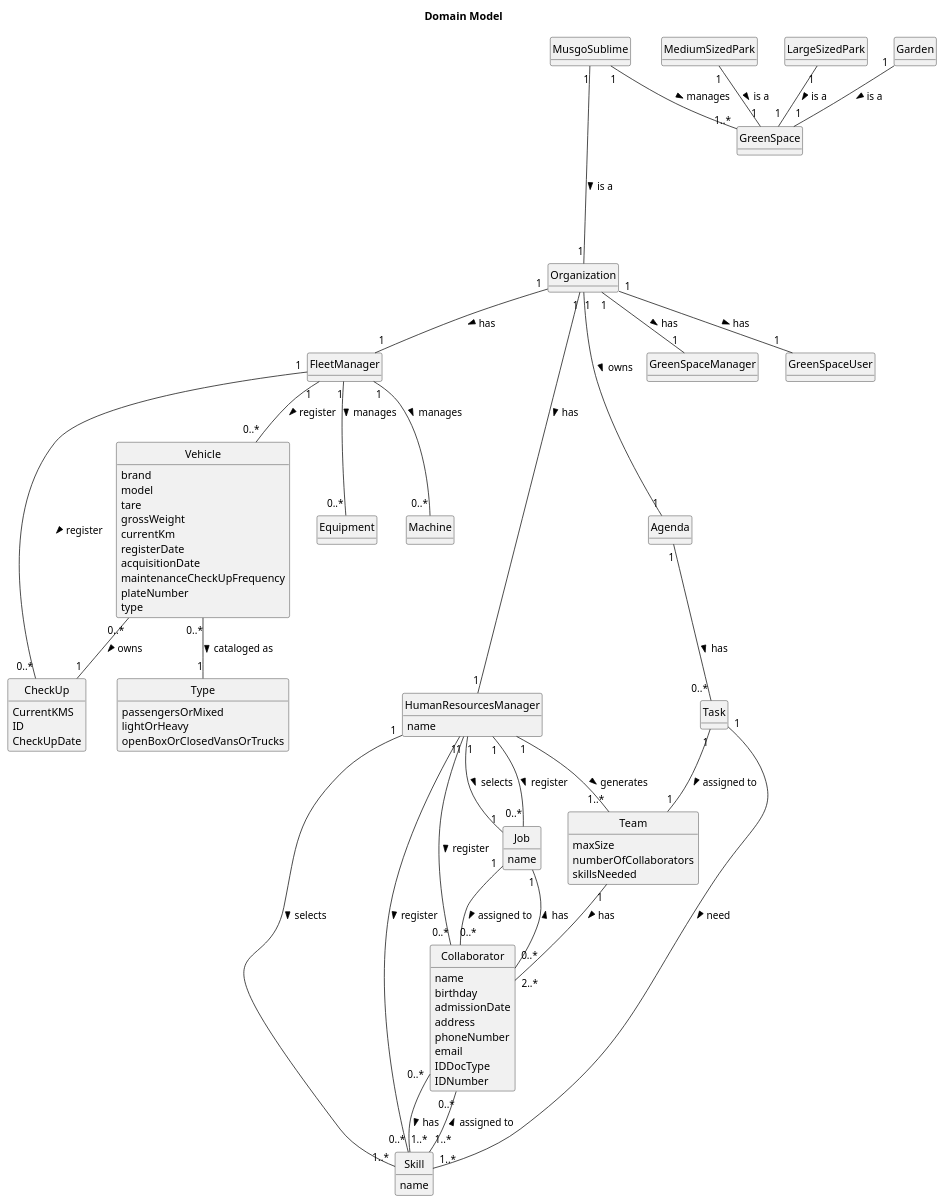
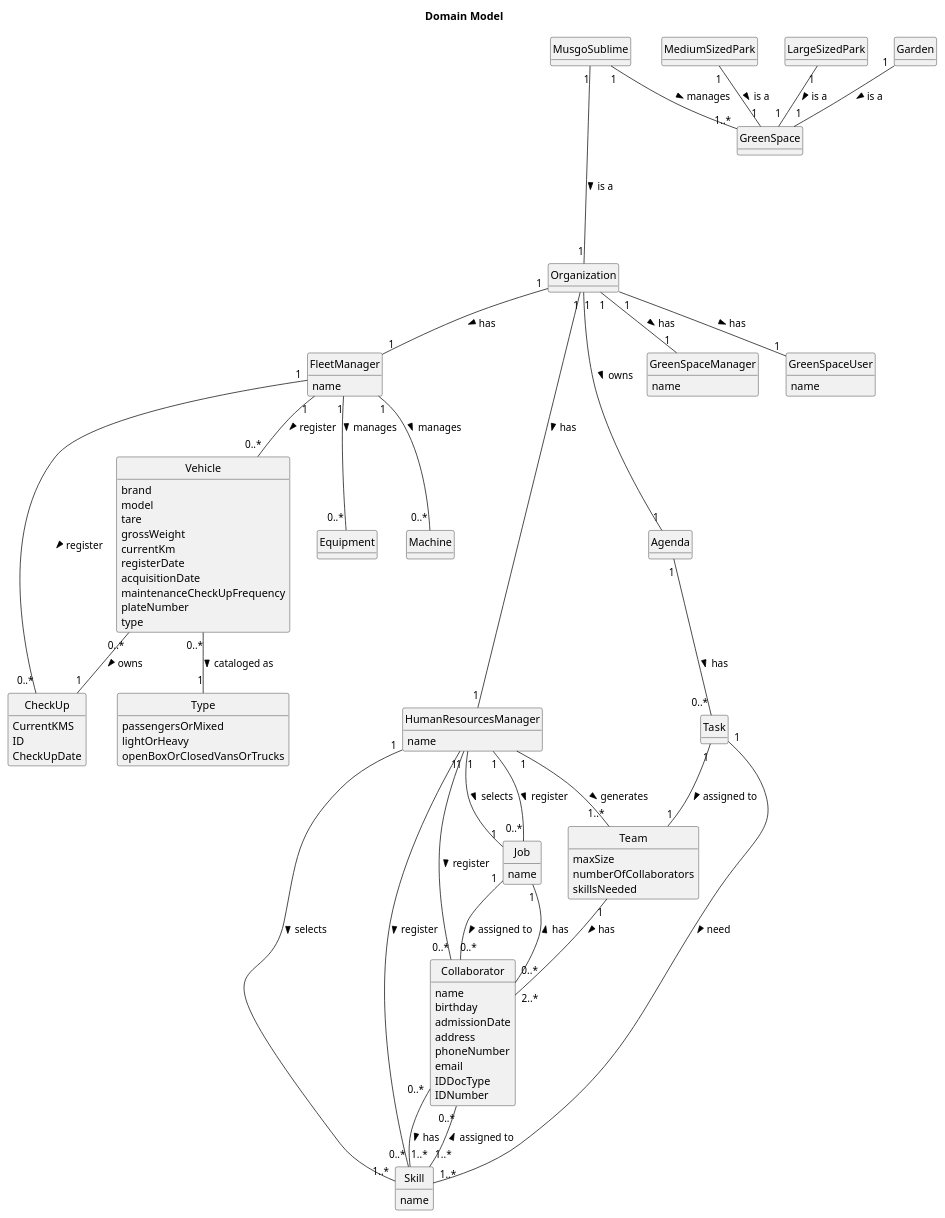
The diagram in docs/sprintA/global-artifacts/02.analysis/puml/project-domain-model.puml (daniel41silva05/ISEP_2023_2024_LAPR2), drawn with PlantUML before and after one commit. The commit also changed 5 other files, not shown here.

```diff
--- a/docs/sprintA/global-artifacts/02.analysis/puml/project-domain-model.puml
+++ b/docs/sprintA/global-artifacts/02.analysis/puml/project-domain-model.puml
@@ -1,121 +1,124 @@
 @startuml
 skinparam monochrome true
 skinparam packageStyle rectangle
 skinparam shadowing false
 
 skinparam classAttributeIconSize 0
 hide circle
 hide methods
 
 title Domain Model
 
 class MusgoSublime {
 }
 class MediumSizedPark {
 }
 class LargeSizedPark {
 }
 class Garden {
 }
 class GreenSpace {
 }
 
 class Organization {
 }
 
 class FleetManager {
+    name
 }
 class HumanResourcesManager {
     name
 }
 class GreenSpaceManager {
+    name
 }
 class GreenSpaceUser {
+    name
 }
 
 class Equipment {
 }
 class Machine {
 }
 class Vehicle {
     brand
     model
     tare
     grossWeight
     currentKm
     registerDate
     acquisitionDate
     maintenanceCheckUpFrequency
     plateNumber
     type
 }
 class CheckUp {
     CurrentKMS
     ID
     CheckUpDate
 }
 class Type {
     passengersOrMixed
     lightOrHeavy
     openBoxOrClosedVansOrTrucks
 }
 
 class Job {
     name
 }
 class Collaborator {
     name
     birthday
     admissionDate
     address
     phoneNumber
     email
     IDDocType
     IDNumber
 }
 class Skill {
     name
 }
 class Team {
     maxSize
     numberOfCollaborators
     skillsNeeded
 }
 
 class Agenda {
 }
 class Task {
 }
 
 MusgoSublime "1" ---- "1" Organization : is a >
 MusgoSublime "1" -- "1..*" GreenSpace : manages >
 MediumSizedPark "1" -- "1" GreenSpace : is a >
 Garden "1" -- "1" GreenSpace : is a >
 LargeSizedPark "1" -- "1" GreenSpace : is a >
 Organization "1" -- "1" FleetManager : has >
 Organization "1" -- "1" HumanResourcesManager : has >
 Organization "1" -- "1" GreenSpaceManager : has >
 Organization "1" -- "1" GreenSpaceUser : has >
 Organization "1" --- "1" Agenda : owns >
 Collaborator "0..*" -- "1" Job : has >
 Collaborator "0..*" -- "1..*" Skill : has >
 HumanResourcesManager "1" -- "1" Job : selects  >
 HumanResourcesManager "1" -- "1..*" Skill : selects  >
 HumanResourcesManager "1" -- "0..*" Job : register  >
 Job "1" -- "0..*" Collaborator : assigned to >
 Skill "1..*" -- "0..*" Collaborator : assigned to >
 HumanResourcesManager "1" -- "0..*" Collaborator : register >
 HumanResourcesManager "1" -- "0..*" Skill : register >
 HumanResourcesManager "1" -- "1..*" Team : generates >
 FleetManager "1" -- "0..*" Vehicle : register >
 FleetManager "1" -- "0..*" Equipment : manages >
 FleetManager "1" -- "0..*" Machine : manages >
 FleetManager "1" - "0..*" CheckUp : register >
 Vehicle "0..*" -- "1" CheckUp : owns >
 Vehicle "0..*" -- "1" Type : cataloged as >
 Team "1" -- "2..*" Collaborator : has >
 Task "1" -- "1..*" Skill : need >
 Agenda "1" -- "0..*" Task : has >
 Task "1" -- "1" Team : assigned to >
 
 @enduml
```
